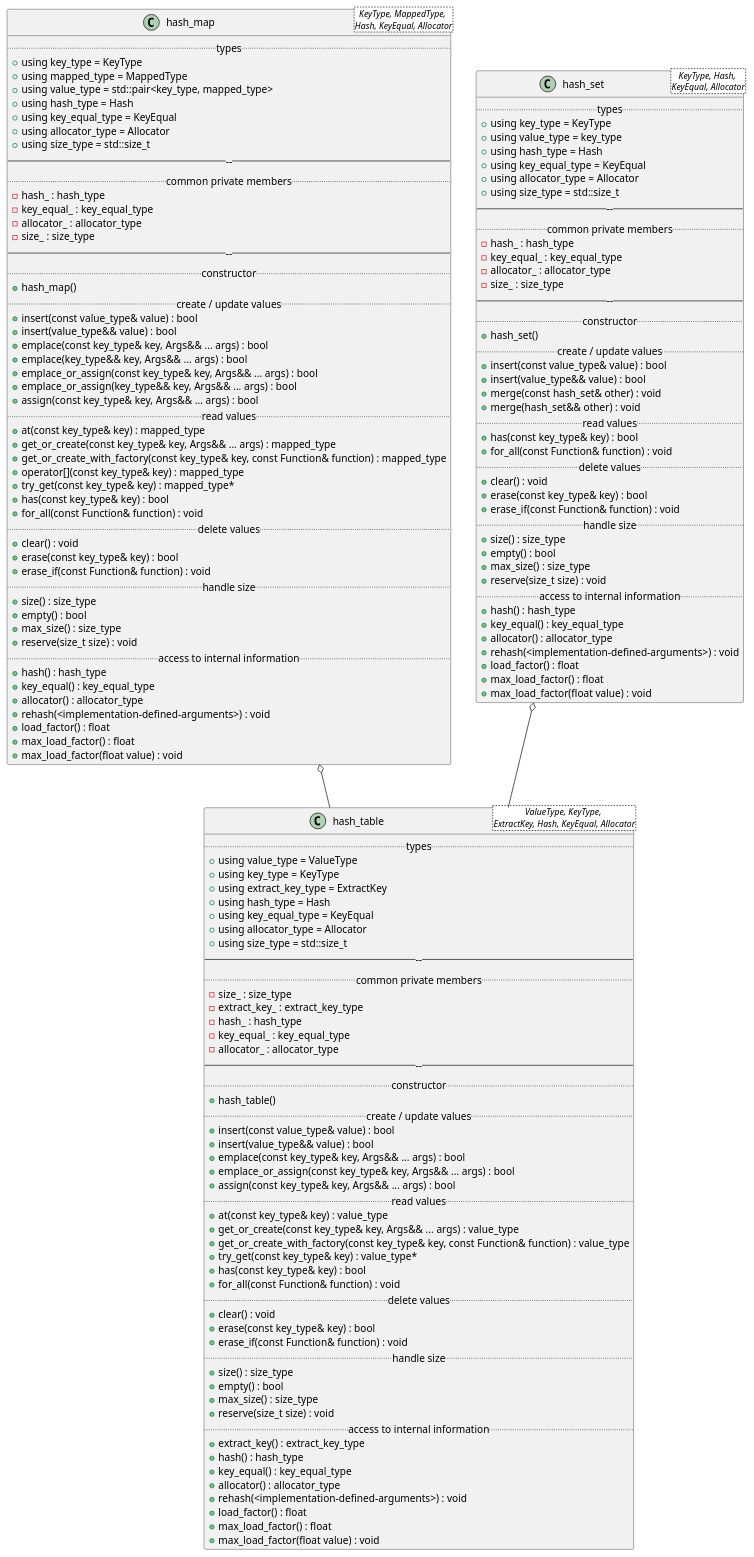
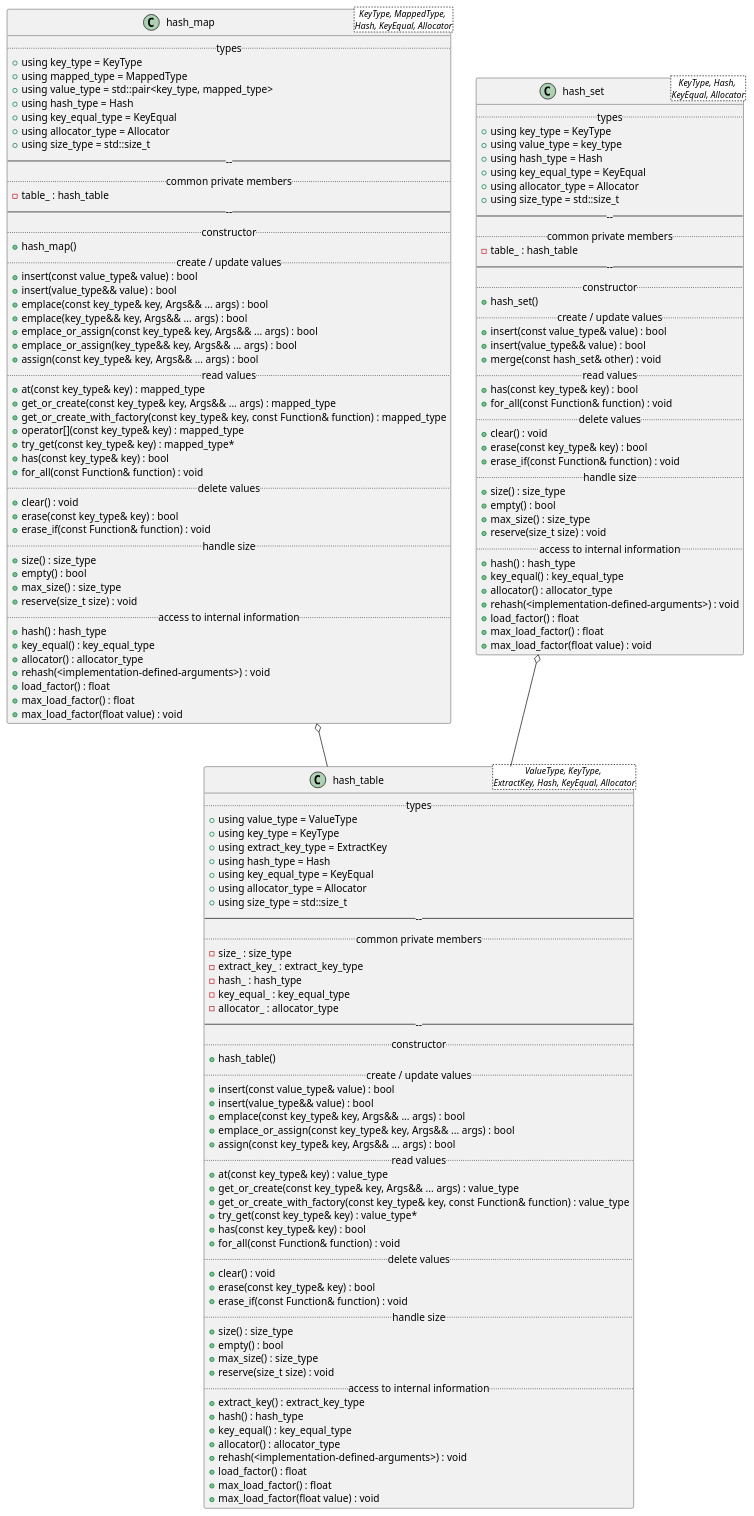
The diagram in doc/sphinx/src/design/class_diagrams/full_hash_table.puml (MusicScience37/cpp-hash-tables), drawn with PlantUML before and after one commit. The commit also changed 5 other files, not shown here.

Commit message:
:sparkles: Add a set using hash table.

```diff
--- a/doc/sphinx/src/design/class_diagrams/full_hash_table.puml
+++ b/doc/sphinx/src/design/class_diagrams/full_hash_table.puml
@@ -1,154 +1,147 @@
 @startuml FullHashTable
 
 class hash_table<ValueType, KeyType, \nExtractKey, Hash, KeyEqual, Allocator> {
     .. types ..
     + using value_type = ValueType
     + using key_type = KeyType
     + using extract_key_type = ExtractKey
     + using hash_type = Hash
     + using key_equal_type = KeyEqual
     + using allocator_type = Allocator
     + using size_type = std::size_t
     ------
     .. common private members ..
     - size_ : size_type
     - extract_key_ : extract_key_type
     - hash_ : hash_type
     - key_equal_ : key_equal_type
     - allocator_ : allocator_type
     ------
     .. constructor ..
     + hash_table()
     .. create / update values ..
     + insert(const value_type& value) : bool
     + insert(value_type&& value) : bool
     + emplace(const key_type& key, Args&& ... args) : bool
     + emplace_or_assign(const key_type& key, Args&& ... args) : bool
     + assign(const key_type& key, Args&& ... args) : bool
     .. read values ..
     + at(const key_type& key) : value_type
     + get_or_create(const key_type& key, Args&& ... args) : value_type
     + get_or_create_with_factory(const key_type& key, const Function& function) : value_type
     + try_get(const key_type& key) : value_type*
     + has(const key_type& key) : bool
     + for_all(const Function& function) : void
     .. delete values ..
     + clear() : void
     + erase(const key_type& key) : bool
     + erase_if(const Function& function) : void
     .. handle size ..
     + size() : size_type
     + empty() : bool
     + max_size() : size_type
     + reserve(size_t size) : void
     .. access to internal information ..
     + extract_key() : extract_key_type
     + hash() : hash_type
     + key_equal() : key_equal_type
     + allocator() : allocator_type
     + rehash(<implementation-defined-arguments>) : void
     + load_factor() : float
     + max_load_factor() : float
     + max_load_factor(float value) : void
 }
 
 class hash_map<KeyType, MappedType, \nHash, KeyEqual, Allocator> {
     .. types ..
     + using key_type = KeyType
     + using mapped_type = MappedType
     + using value_type = std::pair<key_type, mapped_type>
     + using hash_type = Hash
     + using key_equal_type = KeyEqual
     + using allocator_type = Allocator
     + using size_type = std::size_t
     ------
     .. common private members ..
-    - hash_ : hash_type
-    - key_equal_ : key_equal_type
-    - allocator_ : allocator_type
-    - size_ : size_type
+    - table_ : hash_table
     ------
     .. constructor ..
     + hash_map()
     .. create / update values ..
     + insert(const value_type& value) : bool
     + insert(value_type&& value) : bool
     + emplace(const key_type& key, Args&& ... args) : bool
     + emplace(key_type&& key, Args&& ... args) : bool
     + emplace_or_assign(const key_type& key, Args&& ... args) : bool
     + emplace_or_assign(key_type&& key, Args&& ... args) : bool
     + assign(const key_type& key, Args&& ... args) : bool
     .. read values ..
     + at(const key_type& key) : mapped_type
     + get_or_create(const key_type& key, Args&& ... args) : mapped_type
     + get_or_create_with_factory(const key_type& key, const Function& function) : mapped_type
     + operator[](const key_type& key) : mapped_type
     + try_get(const key_type& key) : mapped_type*
     + has(const key_type& key) : bool
     + for_all(const Function& function) : void
     .. delete values ..
     + clear() : void
     + erase(const key_type& key) : bool
     + erase_if(const Function& function) : void
     .. handle size ..
     + size() : size_type
     + empty() : bool
     + max_size() : size_type
     + reserve(size_t size) : void
     .. access to internal information ..
     + hash() : hash_type
     + key_equal() : key_equal_type
     + allocator() : allocator_type
     + rehash(<implementation-defined-arguments>) : void
     + load_factor() : float
     + max_load_factor() : float
     + max_load_factor(float value) : void
 }
 hash_map o-- hash_table
 
 class hash_set<KeyType, Hash, \nKeyEqual, Allocator> {
     .. types ..
     + using key_type = KeyType
     + using value_type = key_type
     + using hash_type = Hash
     + using key_equal_type = KeyEqual
     + using allocator_type = Allocator
     + using size_type = std::size_t
     ------
     .. common private members ..
-    - hash_ : hash_type
-    - key_equal_ : key_equal_type
-    - allocator_ : allocator_type
-    - size_ : size_type
+    - table_ : hash_table
     ------
     .. constructor ..
     + hash_set()
     .. create / update values ..
     + insert(const value_type& value) : bool
     + insert(value_type&& value) : bool
     + merge(const hash_set& other) : void
-    + merge(hash_set&& other) : void
     .. read values ..
     + has(const key_type& key) : bool
     + for_all(const Function& function) : void
     .. delete values ..
     + clear() : void
     + erase(const key_type& key) : bool
     + erase_if(const Function& function) : void
     .. handle size ..
     + size() : size_type
     + empty() : bool
     + max_size() : size_type
     + reserve(size_t size) : void
     .. access to internal information ..
     + hash() : hash_type
     + key_equal() : key_equal_type
     + allocator() : allocator_type
     + rehash(<implementation-defined-arguments>) : void
     + load_factor() : float
     + max_load_factor() : float
     + max_load_factor(float value) : void
 }
 hash_set o-- hash_table
 
 @enduml
```
